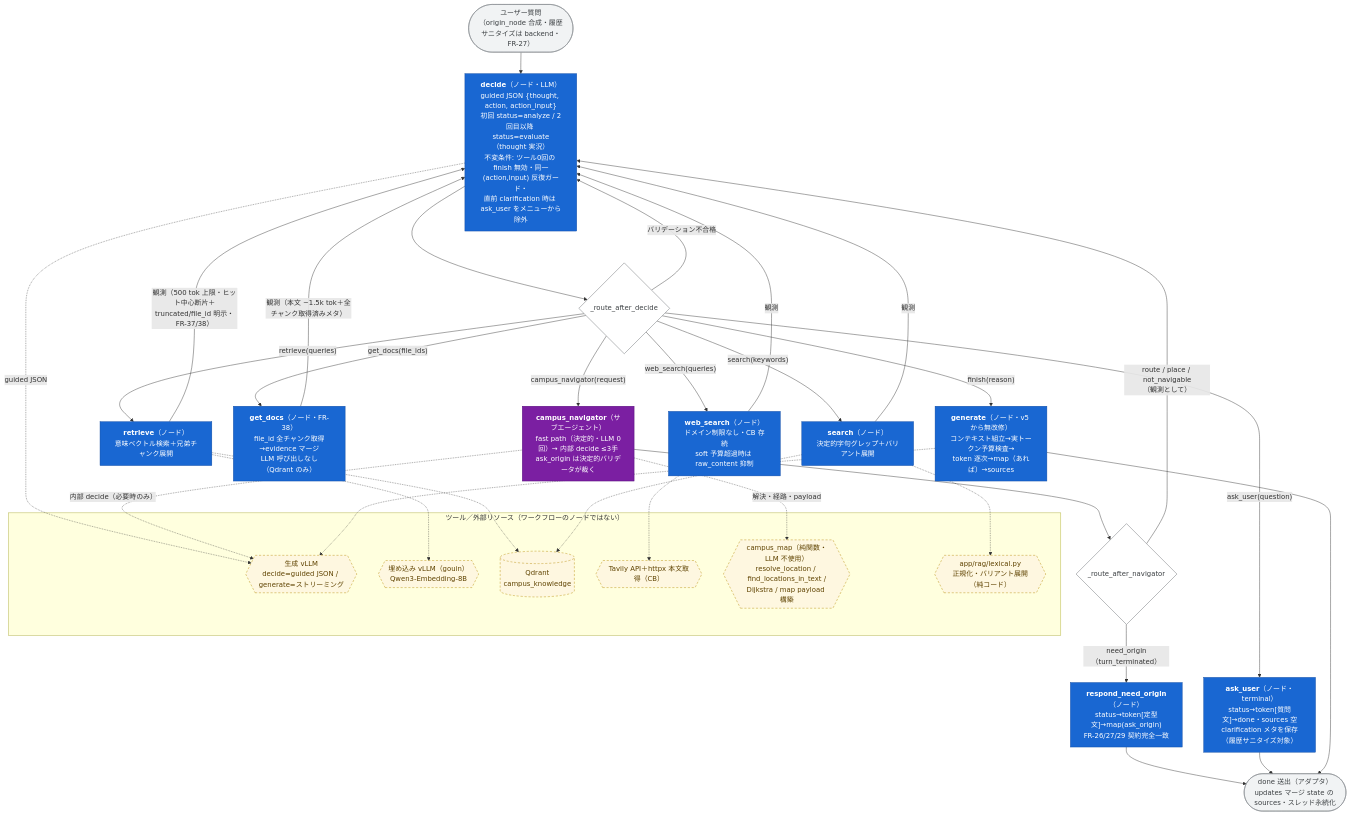
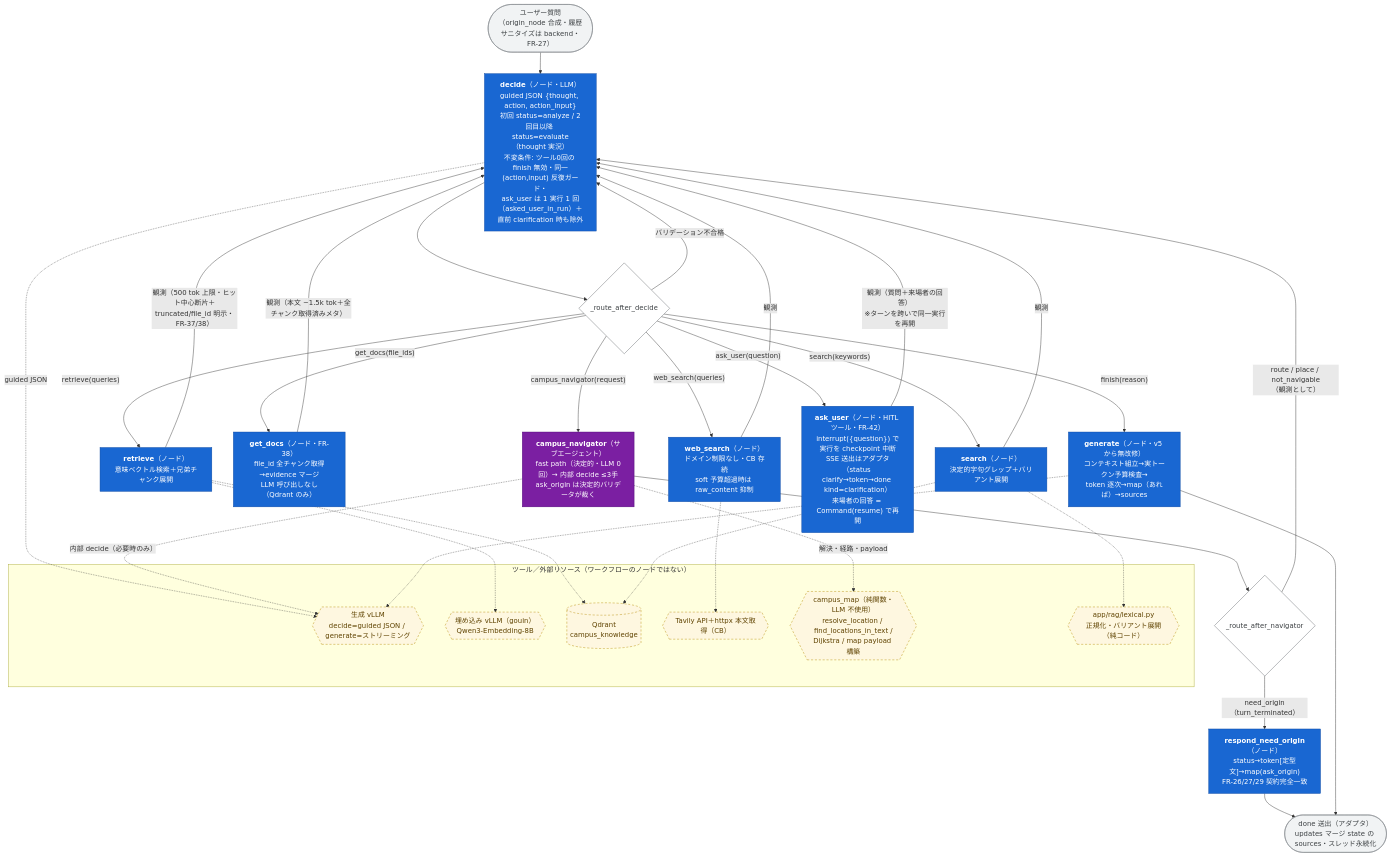
The second of 3 diagrams in docs/AGENT_ARCHITECTURE.md (TakaJun02/sarutahiko), drawn with Mermaid before and after one commit. The commit also changed other lines of this file and 6 other files, not shown here.

First line of the commit message:
feat: FR-42 ask_user を human-in-the-loop 化（実装: Codex／仕様・検収: Fable）

````diff
--- a/docs/AGENT_ARCHITECTURE.md
+++ b/docs/AGENT_ARCHITECTURE.md
@@ -63,53 +69,53 @@
 ```mermaid
 flowchart TD
     Q(["ユーザー質問（origin_node 合成・履歴サニタイズは backend・FR-27）"]):::orch --> DE
 
-    DE["<b>decide</b>（ノード・LLM）<br/>guided JSON {thought, action, action_input}<br/>初回 status=analyze / 2回目以降 status=evaluate（thought 実況）<br/>不変条件: ツール0回の finish 無効・同一(action,input) 反復ガード・<br/>直前 clarification 時は ask_user をメニューから除外"]:::wfnode
+    DE["<b>decide</b>（ノード・LLM）<br/>guided JSON {thought, action, action_input}<br/>初回 status=analyze / 2回目以降 status=evaluate（thought 実況）<br/>不変条件: ツール0回の finish 無効・同一(action,input) 反復ガード・<br/>ask_user は 1 実行 1 回（asked_user_in_run）＋直前 clarification 時も除外"]:::wfnode
 
     DE --> RD{"_route_after_decide"}:::router
     RD -->|"retrieve(queries)"| RT["<b>retrieve</b>（ノード）<br/>意味ベクトル検索＋兄弟チャンク展開"]:::wfnode
     RD -->|"search(keywords)"| SE["<b>search</b>（ノード）<br/>決定的字句グレップ＋バリアント展開"]:::wfnode
     RD -->|"get_docs(file_ids)"| GD["<b>get_docs</b>（ノード・FR-38）<br/>file_id 全チャンク取得→evidence マージ<br/>LLM 呼び出しなし（Qdrant のみ）"]:::wfnode
     RD -->|"web_search(queries)"| WS["<b>web_search</b>（ノード）<br/>ドメイン制限なし・CB 存続<br/>soft 予算超過時は raw_content 抑制"]:::wfnode
     RD -->|"campus_navigator(request)"| NV["<b>campus_navigator</b>（サブエージェント）<br/>fast path（決定的・LLM 0回）→ 内部 decide ≤3手<br/>ask_origin は決定的バリデータが裁く"]:::subag
     RD -->|"バリデーション不合格"| DE
 
     RT -->|"観測（500 tok 上限・ヒット中心断片＋truncated/file_id 明示・FR-37/38）"| DE
     SE -->|"観測"| DE
     GD -->|"観測（本文 ~1.5k tok＋全チャンク取得済みメタ）"| DE
     WS -->|"観測"| DE
     NV --> RN{"_route_after_navigator"}:::router
     RN -->|"route / place / not_navigable<br/>（観測として）"| DE
     RN -->|"need_origin（turn_terminated）"| AO["<b>respond_need_origin</b>（ノード）<br/>status→token[定型文]→map(ask_origin)<br/>FR-26/27/29 契約完全一致"]:::wfnode
     AO --> DONE
 
-    RD -->|"ask_user(question)"| AU["<b>ask_user</b>（ノード・terminal）<br/>status→token[質問文]→done・sources 空<br/>clarification メタを保存（履歴サニタイズ対象）"]:::wfnode
-    AU --> DONE
+    RD -->|"ask_user(question)"| AU["<b>ask_user</b>（ノード・HITL ツール・FR-42）<br/>interrupt({question}) で実行を checkpoint 中断<br/>SSE 送出はアダプタ（status clarify→token→done kind=clarification）<br/>来場者の回答 = Command(resume) で再開"]:::wfnode
+    AU -->|"観測（質問＋来場者の回答）<br/>※ターンを跨いで同一実行を再開"| DE
     RD -->|"finish(reason)"| GE["<b>generate</b>（ノード・v5 から無改修）<br/>コンテキスト組立→実トークン予算検査→<br/>token 逐次→map（あれば）→sources"]:::wfnode
     GE --> DONE(["done 送出（アダプタ）<br/>updates マージ state の sources・スレッド永続化"]):::orch
 
     subgraph TOOLS["ツール／外部リソース（ワークフローのノードではない）"]
         VLLM{{"生成 vLLM<br/>decide=guided JSON / generate=ストリーミング"}}:::tool
         EMB{{"埋め込み vLLM（gouin）<br/>Qwen3-Embedding-8B"}}:::tool
         QD[("Qdrant<br/>campus_knowledge")]:::tool
         TAV{{"Tavily API＋httpx 本文取得（CB）"}}:::tool
         CM{{"campus_map（純関数・LLM 不使用）<br/>resolve_location / find_locations_in_text /<br/>Dijkstra / map payload 構築"}}:::tool
         LEX{{"app/rag/lexical.py<br/>正規化・バリアント展開（純コード）"}}:::tool
     end
 
     DE -.->|"guided JSON"| VLLM
     RT -.-> EMB
     RT -.-> QD
     SE -.-> QD
     SE -.-> LEX
     WS -.-> TAV
     NV -.->|"内部 decide（必要時のみ）"| VLLM
     NV -.->|"解決・経路・payload"| CM
     GE -.-> VLLM
 
     classDef wfnode fill:#1967d2,stroke:#0b47a1,color:#ffffff
     classDef subag fill:#7b1fa2,stroke:#4a0072,color:#ffffff
     classDef tool fill:#fef7e0,stroke:#b58800,color:#5f4300,stroke-dasharray: 5 4
     classDef orch fill:#f1f3f4,stroke:#80868b,color:#3c4043
     classDef router fill:#ffffff,stroke:#5f6368,color:#3c4043
 ```
````
